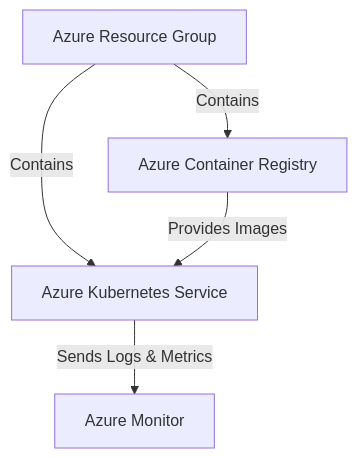
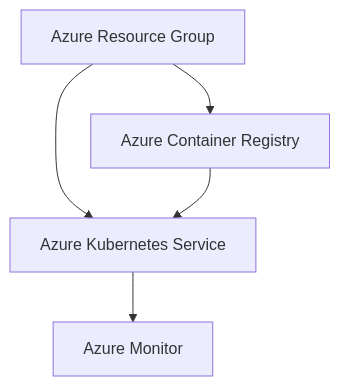
One commit to bymalathi/flavorforge-azure-devsecops-capstone changed diagram 19 of 29 in README.md. Above: the diagram before and after it, drawn with Mermaid. The commit also changed other lines of this file, not shown here.

````diff
--- a/README.md
+++ b/README.md
@@ -912,12 +1085,12 @@
 ```mermaid
 flowchart TD
     A[Azure Resource Group]
     B[Azure Container Registry]
     C[Azure Kubernetes Service]
     D[Azure Monitor]
 
-    A -->|Contains| B
-    A -->|Contains| C
-    C -->|Sends Logs & Metrics| D
-    B -->|Provides Images| C
+    A --> B
+    A --> C
+    C --> D
+    B --> C
 ```
````
